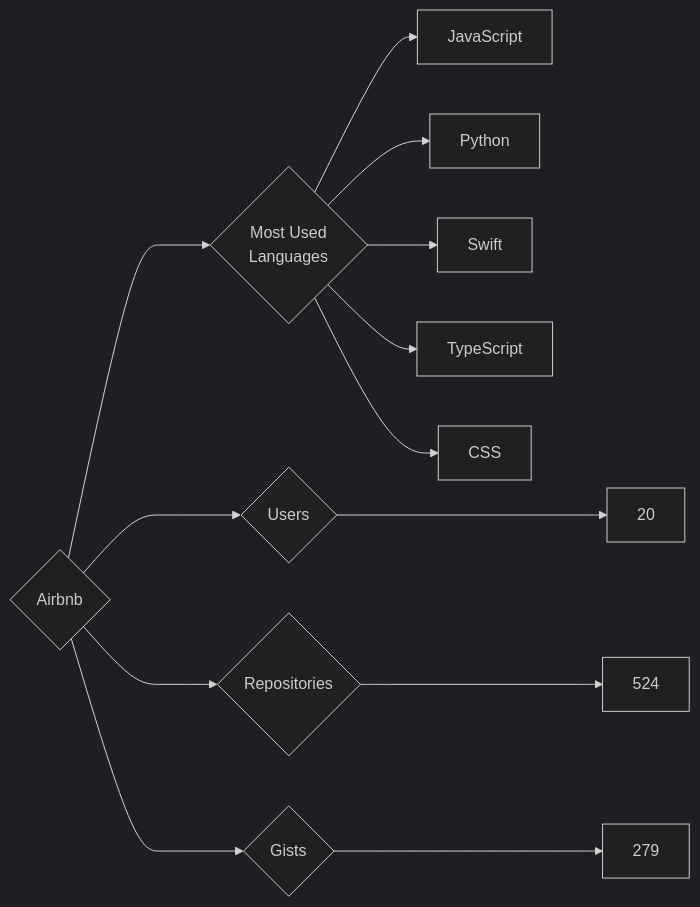
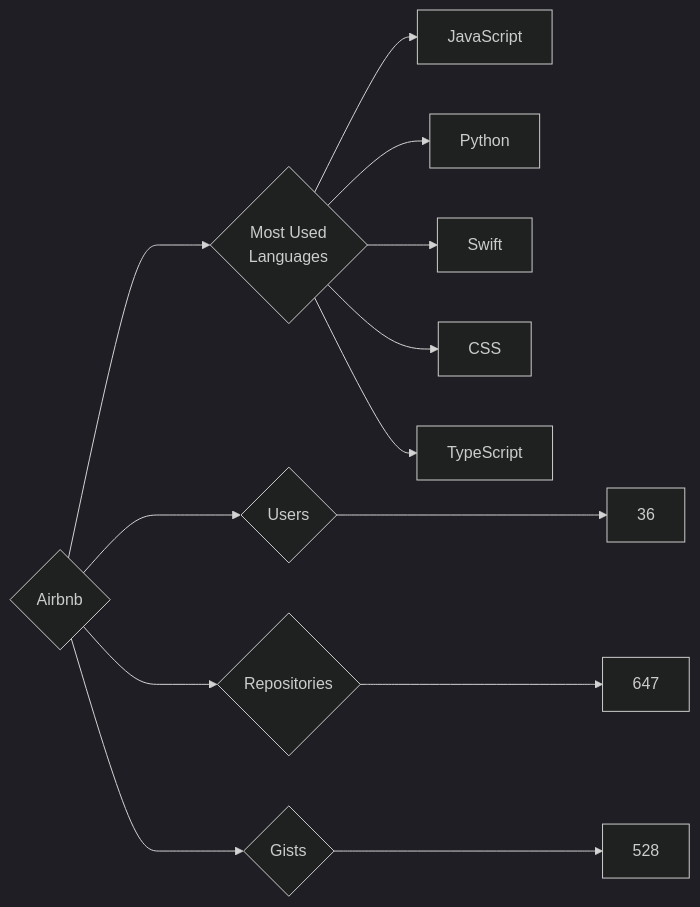
The diagram in targets/Airbnb/README.md (trickest/insiders), drawn with Mermaid (dark theme) before and after one commit. The commit also changed 639 other files, not shown here.

````diff
--- a/targets/Airbnb/README.md
+++ b/targets/Airbnb/README.md
@@ -3,13 +3,13 @@
 ```mermaid
 graph LR
 COMPANY_NAME{Airbnb}
-COMPANY_NAME ---> U{Users} ---> UN[20]
-COMPANY_NAME ---> R{Repositories} ---> RN[524]
-COMPANY_NAME ---> G{Gists} ---> GN[279]
+COMPANY_NAME ---> U{Users} ---> UN[36]
+COMPANY_NAME ---> R{Repositories} ---> RN[647]
+COMPANY_NAME ---> G{Gists} ---> GN[528]
 COMPANY_NAME ---> ML{Most Used<br>Languages}
 ML --> JavaScript[JavaScript]
 ML --> Python[Python]
 ML --> Swift[Swift]
+ML --> CSS[CSS]
 ML --> TypeScript[TypeScript]
-ML --> CSS[CSS]
 ```
````
